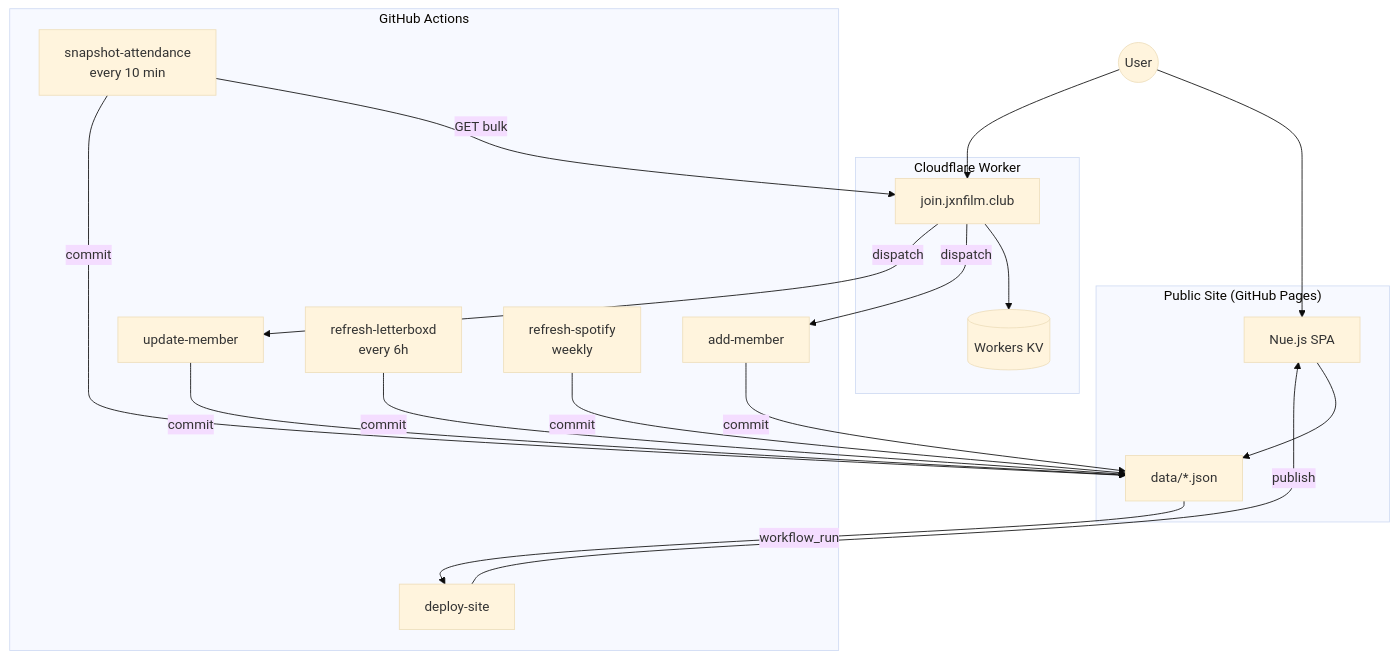
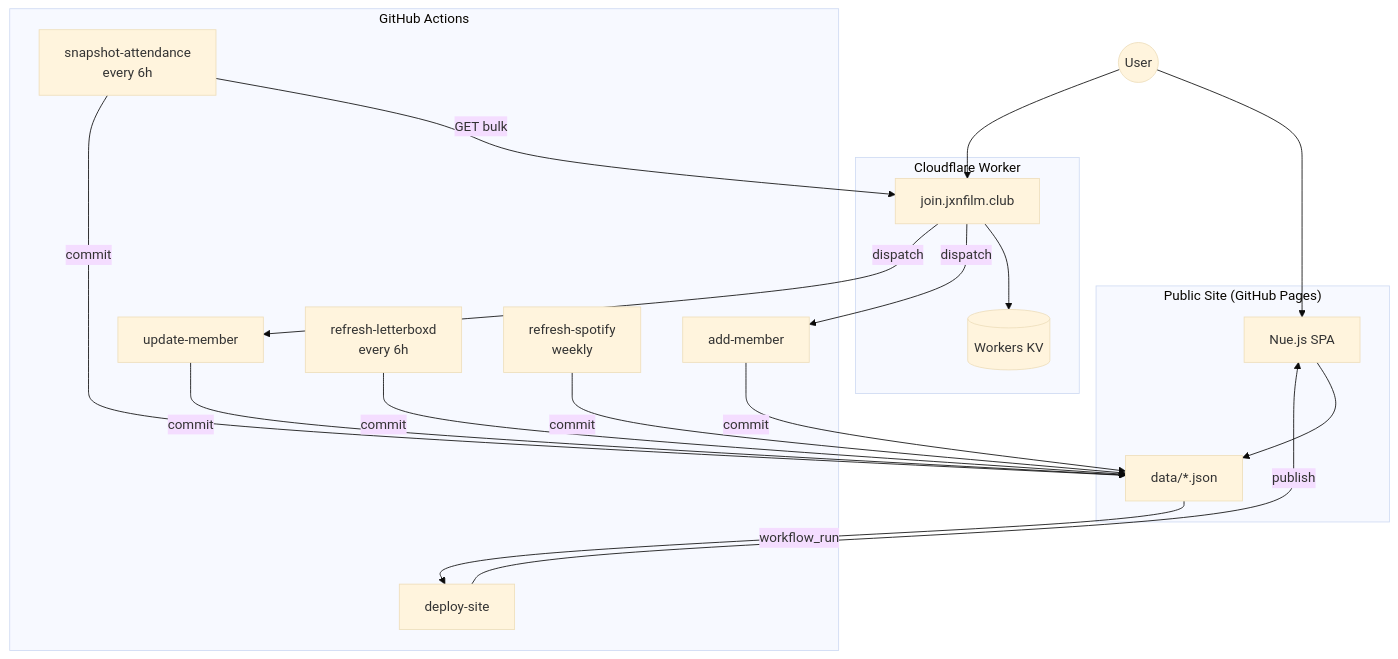
Before and after one commit to michaellambgelo/jxnfilmclub: the diagram in docs/features/README.md, drawn with Mermaid (base theme). The commit also changed 3 other files, not shown here.

Commit message:
chore: update snapshot attendance workflow cron

````diff
--- a/docs/features/README.md
+++ b/docs/features/README.md
@@ -22,32 +22,32 @@
 ```mermaid
 flowchart TB
     subgraph Public["Public Site (GitHub Pages)"]
         SPA[Nue.js SPA]
         Data[data/*.json]
     end
 
     subgraph Worker["Cloudflare Worker"]
         API[join.jxnfilm.club]
         KV[(Workers KV)]
     end
 
     subgraph Pipelines["GitHub Actions"]
         AddMember[add-member]
         UpdateMember[update-member]
-        SnapshotAttend[snapshot-attendance<br/>every 10 min]
+        SnapshotAttend[snapshot-attendance<br/>every 6h]
         RefreshLB[refresh-letterboxd<br/>every 6h]
         RefreshSpotify[refresh-spotify<br/>weekly]
         Deploy[deploy-site]
     end
 
     User((User)) --> SPA
     User --> API
     SPA --> Data
     API --> KV
     API -->|dispatch| AddMember & UpdateMember
     SnapshotAttend -->|GET bulk| API
     AddMember & UpdateMember & SnapshotAttend -->|commit| Data
     RefreshLB & RefreshSpotify -->|commit| Data
     Data -->|workflow_run| Deploy
     Deploy -->|publish| SPA
 ```
````
